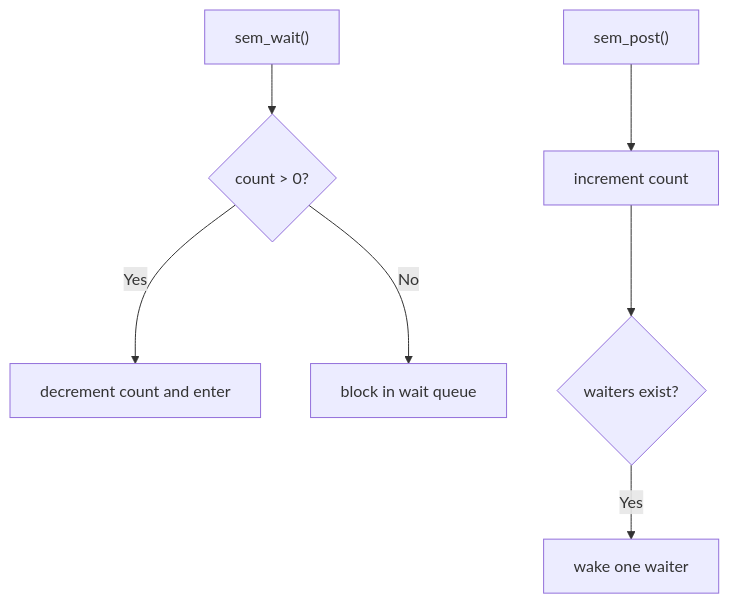
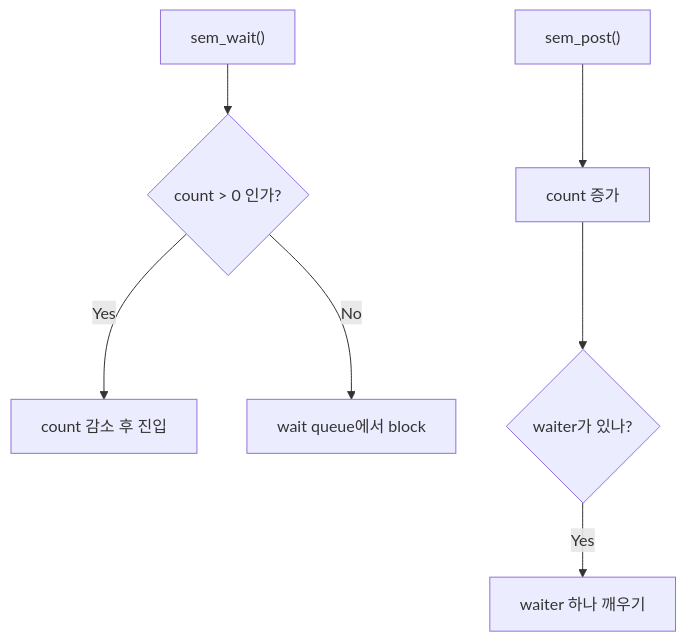
Diagram 20 of 37 in _posts/cs-note/2026-02-27-os.md (mandoobox/mandoobox.github.io), drawn with Mermaid before and after one commit. The commit also changed other lines of this file and 18 other files, not shown here.

````diff
--- a/_posts/cs-note/2026-02-27-os.md
+++ b/_posts/cs-note/2026-02-27-os.md
@@ -600,9 +606,9 @@
 ```mermaid
 flowchart TD
-  A["sem_wait()"] --> B{count > 0?}
-  B -->|Yes| C["decrement count and enter"]
-  B -->|No| D[block in wait queue]
-  E["sem_post()"] --> F["increment count"]
-  F --> G{waiters exist?}
-  G -->|Yes| H[wake one waiter]
+  A["sem_wait()"] --> B{count > 0 인가?}
+  B -->|Yes| C["count 감소 후 진입"]
+  B -->|No| D[wait queue에서 block]
+  E["sem_post()"] --> F["count 증가"]
+  F --> G{waiter가 있나?}
+  G -->|Yes| H[waiter 하나 깨우기]
 ```
````
